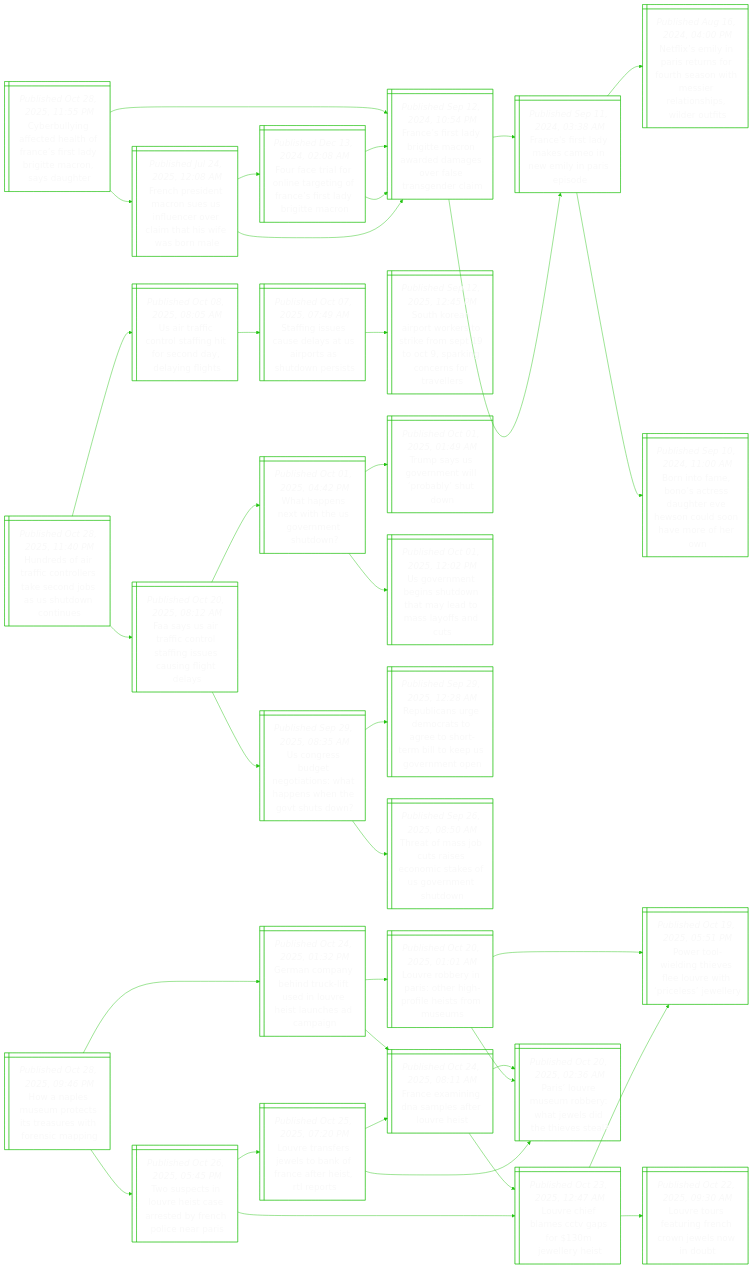
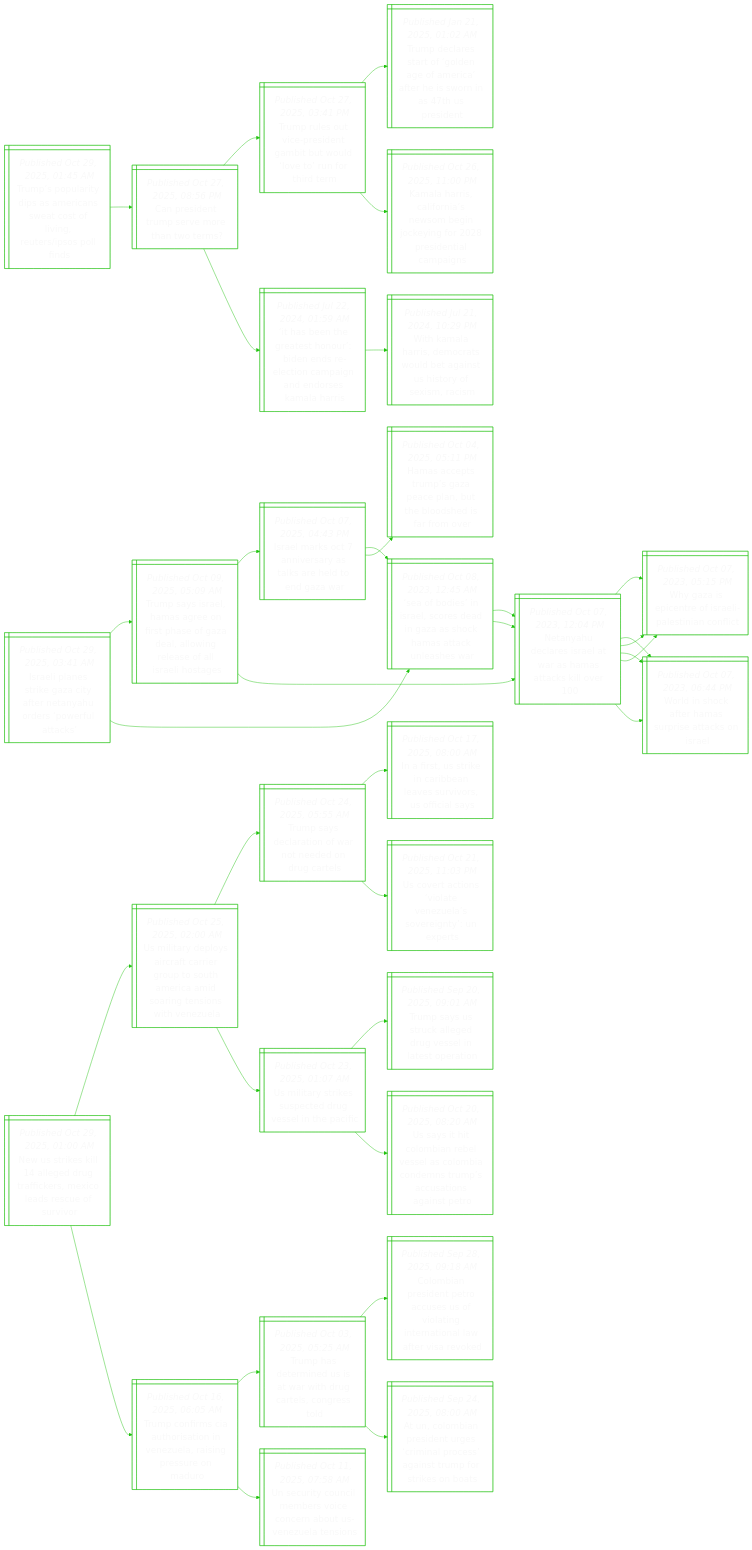
Before and after one commit to notJmes/notJmes: the diagram in README.md, drawn with Mermaid. The commit also changed other lines of this file, not shown here.

````diff
--- a/README.md
+++ b/README.md
@@ -16,118 +16,112 @@
 flowchart LR
 classDef txtsize font-size:20px;
 
-CbifdtrstBtcaur@{ shape: win-pane, label: "_Published Oct 28, 2025, 11:55 PM_
-Cyberbullying affected health of france’s first lady brigitte macron, says daughter" }
-FhiMnUlermhfba@{ shape: win-pane, label: "_Published Jul 24, 2025, 12:08 AM_
-French president macron sues us influencer over claim that his wife was born male" }
-Fesyiaaeavlanl@{ shape: win-pane, label: "_Published Sep 12, 2024, 10:54 PM_
-France’s first lady brigitte macron awarded damages over false transgender claim" }
-Fesysowyri@{ shape: win-pane, label: "_Published Sep 11, 2024, 03:38 AM_
-France's first lady makes cameo in new emily in paris episode" }
-FairnggaFLrtr@{ shape: win-pane, label: "_Published Dec 13, 2024, 02:08 AM_
-Four face trial for online targeting of france’s first lady brigitte macron" }
-Fesyiaaeavlanl@{ shape: win-pane, label: "_Published Sep 12, 2024, 10:54 PM_
-France’s first lady brigitte macron awarded damages over false transgender claim" }
-Fesyiaaeavlanl@{ shape: win-pane, label: "_Published Sep 12, 2024, 10:54 PM_
-France’s first lady brigitte macron awarded damages over false transgender claim" }
-Fesyiaaeavlanl@{ shape: win-pane, label: "_Published Sep 12, 2024, 10:54 PM_
-France’s first lady brigitte macron awarded damages over false transgender claim" }
-Fesysowyri@{ shape: win-pane, label: "_Published Sep 11, 2024, 03:38 AM_
-France's first lady makes cameo in new emily in paris episode" }
-NiiPrnfhohilnsef@{ shape: win-pane, label: "_Published Aug 16, 2024, 04:00 PM_
-Netflix’s emily in paris returns for fourth season with messier relationships, wilder outfits" }
-BnmoraeHndhohn@{ shape: win-pane, label: "_Published Sep 10, 2024, 11:00 AM_
-Born into fame, bono’s actress daughter eve hewson could soon have more of her own" }
+Ilnrateaureak@{ shape: win-pane, label: "_Published Oct 29, 2025, 03:41 AM_
+Israeli planes strike gaza city after netanyahu orders ‘powerful attacks’" }
+TssHaossaaorslaoe@{ shape: win-pane, label: "_Published Oct 09, 2025, 05:09 AM_
+Trump says israel, hamas agree on first phase of gaza deal, allowing release of all israeli hostages" }
+Ilsnrakhoar@{ shape: win-pane, label: "_Published Oct 07, 2025, 04:43 PM_
+Israel marks oct 7 anniversary as talks are held to end gaza war" }
+Sbsrcdnacaale@{ shape: win-pane, label: "_Published Oct 08, 2023, 12:45 AM_
+‘sea of bodies’ in israel, scores dead in gaza as shock hamas attack unleashes war" }
+Hatmzcnhodro@{ shape: win-pane, label: "_Published Oct 04, 2025, 05:11 PM_
+Hamas accepts trump’s gaza peace plan, but the bloodshed is far from over" }
+NyeeawHakl@{ shape: win-pane, label: "_Published Oct 07, 2023, 12:04 PM_
+Netanyahu declares israel at war as hamas attacks kill over 100" }
+WzptIleint@{ shape: win-pane, label: "_Published Oct 07, 2023, 05:15 PM_
+Why gaza is epicentre of israeli-palestinian conflict" }
+Wiceapaks@{ shape: win-pane, label: "_Published Oct 07, 2023, 06:44 PM_
+World in shock after hamas surprise attacks on israel" }
+Sbsrcdnacaale@{ shape: win-pane, label: "_Published Oct 08, 2023, 12:45 AM_
+‘sea of bodies’ in israel, scores dead in gaza as shock hamas attack unleashes war" }
+NyeeawHakl@{ shape: win-pane, label: "_Published Oct 07, 2023, 12:04 PM_
+Netanyahu declares israel at war as hamas attacks kill over 100" }
+WzptIleint@{ shape: win-pane, label: "_Published Oct 07, 2023, 05:15 PM_
+Why gaza is epicentre of israeli-palestinian conflict" }
+Wiceapaks@{ shape: win-pane, label: "_Published Oct 07, 2023, 06:44 PM_
+World in shock after hamas surprise attacks on israel" }
+NyeeawHakl@{ shape: win-pane, label: "_Published Oct 07, 2023, 12:04 PM_
+Netanyahu declares israel at war as hamas attacks kill over 100" }
+WzptIleint@{ shape: win-pane, label: "_Published Oct 07, 2023, 05:15 PM_
+Why gaza is epicentre of israeli-palestinian conflict" }
+Wiceapaks@{ shape: win-pane, label: "_Published Oct 07, 2023, 06:44 PM_
+World in shock after hamas surprise attacks on israel" }
 
-CbifdtrstBtcaur:::txtsize --> FhiMnUlermhfba:::txtsize
-FhiMnUlermhfba:::txtsize --> Fesyiaaeavlanl:::txtsize
-Fesyiaaeavlanl:::txtsize --> Fesysowyri:::txtsize
-FhiMnUlermhfba:::txtsize --> FairnggaFLrtr:::txtsize
-FairnggaFLrtr:::txtsize --> Fesyiaaeavlanl:::txtsize
-FairnggaFLrtr:::txtsize --> Fesyiaaeavlanl:::txtsize
-CbifdtrstBtcaur:::txtsize --> Fesyiaaeavlanl:::txtsize
-Fesyiaaeavlanl:::txtsize --> Fesysowyri:::txtsize
-Fesysowyri:::txtsize --> NiiPrnfhohilnsef:::txtsize
-Fesysowyri:::txtsize --> BnmoraeHndhohn:::txtsize
+Ilnrateaureak:::txtsize --> TssHaossaaorslaoe:::txtsize
+TssHaossaaorslaoe:::txtsize --> Ilsnrakhoar:::txtsize
+Ilsnrakhoar:::txtsize --> Sbsrcdnacaale:::txtsize
+Ilsnrakhoar:::txtsize --> Hatmzcnhodro:::txtsize
+TssHaossaaorslaoe:::txtsize --> NyeeawHakl:::txtsize
+NyeeawHakl:::txtsize --> WzptIleint:::txtsize
+NyeeawHakl:::txtsize --> Wiceapaks:::txtsize
+Ilnrateaureak:::txtsize --> Sbsrcdnacaale:::txtsize
+Sbsrcdnacaale:::txtsize --> NyeeawHakl:::txtsize
+NyeeawHakl:::txtsize --> WzptIleint:::txtsize
+NyeeawHakl:::txtsize --> Wiceapaks:::txtsize
+Sbsrcdnacaale:::txtsize --> NyeeawHakl:::txtsize
+NyeeawHakl:::txtsize --> WzptIleint:::txtsize
+NyeeawHakl:::txtsize --> Wiceapaks:::txtsize
 
-Heaacossdahwts@{ shape: win-pane, label: "_Published Oct 28, 2025, 11:40 PM_
-Hundreds of air traffic controllers take second jobs as us shutdown continues" }
-Utittnfcaaft@{ shape: win-pane, label: "_Published Oct 08, 2025, 08:05 AM_
-Us air traffic control staffing hit for second day, delaying flights" }
-Sisaeaithws@{ shape: win-pane, label: "_Published Oct 07, 2025, 07:49 AM_
-Staffing issues cause delays at us airports as shutdown persists" }
-SKnortiottkontl@{ shape: win-pane, label: "_Published Sep 12, 2025, 12:45 PM_
-South korean airport workers to strike from sept 19 to oct 9, sparking concerns for travellers" }
-Fyifolfscngl@{ shape: win-pane, label: "_Published Oct 20, 2025, 08:12 AM_
-Faa says us air traffic control staffing issues causing flight delays" }
-Waswhomhw@{ shape: win-pane, label: "_Published Oct 01, 2025, 04:42 PM_
-What happens next with the us government shutdown?" }
-TsSrtpbun@{ shape: win-pane, label: "_Published Oct 01, 2025, 01:49 AM_
-Trump says us government will ‘probably’ shut down" }
-Ueniunmaayat@{ shape: win-pane, label: "_Published Oct 01, 2025, 12:02 PM_
-Us government begins shutdown that may lead to mass layoffs and cuts" }
-Ugbttoaphesd@{ shape: win-pane, label: "_Published Sep 29, 2025, 08:35 AM_
-Us congress budget negotiations: what happens when the govt shuts down?" }
-RlsDroeorleomp@{ shape: win-pane, label: "_Published Sep 29, 2025, 12:28 AM_
-Republicans urge democrats to agree to short-term bill to keep us government open" }
-Ttscaemafveun@{ shape: win-pane, label: "_Published Sep 26, 2025, 08:50 AM_
-Threat of mass job cuts raises economic stakes of us government shutdown" }
+TslyarstoiuIpi@{ shape: win-pane, label: "_Published Oct 29, 2025, 01:45 AM_
+Trump’s popularity dips as americans sweat cost of living, reuters/ipsos poll finds" }
+Cenmvetr@{ shape: win-pane, label: "_Published Oct 27, 2025, 08:56 PM_
+Can president trump serve more than two terms?" }
+Trocstiwloorm@{ shape: win-pane, label: "_Published Oct 27, 2025, 03:41 PM_
+Trump rules out vice-president gambit but would ‘love to’ run for third term" }
+TdragnfitirsPd@{ shape: win-pane, label: "_Published Jan 21, 2025, 01:02 AM_
+Trump declares start of ‘golden age of america’ after he is sworn in as 47th us president" }
+Kaiiiweoiriimn@{ shape: win-pane, label: "_Published Oct 26, 2025, 11:00 PM_
+Kamala harris, california’s newsom begin jockeying for 2028 presidential campaigns" }
+IbhahrnrccidraHs@{ shape: win-pane, label: "_Published Jul 22, 2024, 01:59 AM_
+‘it has been the greatest honour’: biden ends re-election campaign and endorses kamala harris" }
+WaHscwbaUtfsi@{ shape: win-pane, label: "_Published Jul 21, 2024, 10:29 PM_
+With kamala harris, democrats would bet against us history of sexism, racism" }
 
-Heaacossdahwts:::txtsize --> Utittnfcaaft:::txtsize
-Utittnfcaaft:::txtsize --> Sisaeaithws:::txtsize
-Sisaeaithws:::txtsize --> SKnortiottkontl:::txtsize
-Heaacossdahwts:::txtsize --> Fyifolfscngl:::txtsize
-Fyifolfscngl:::txtsize --> Waswhomhw:::txtsize
-Waswhomhw:::txtsize --> TsSrtpbun:::txtsize
-Waswhomhw:::txtsize --> Ueniunmaayat:::txtsize
-Fyifolfscngl:::txtsize --> Ugbttoaphesd:::txtsize
-Ugbttoaphesd:::txtsize --> RlsDroeorleomp:::txtsize
-Ugbttoaphesd:::txtsize --> Ttscaemafveun:::txtsize
+TslyarstoiuIpi:::txtsize --> Cenmvetr:::txtsize
+Cenmvetr:::txtsize --> Trocstiwloorm:::txtsize
+Trocstiwloorm:::txtsize --> TdragnfitirsPd:::txtsize
+Trocstiwloorm:::txtsize --> Kaiiiweoiriimn:::txtsize
+Cenmvetr:::txtsize --> IbhahrnrccidraHs:::txtsize
+IbhahrnrccidraHs:::txtsize --> WaHscwbaUtfsi:::txtsize
 
-Hammetasfsp@{ shape: win-pane, label: "_Published Oct 28, 2025, 09:46 PM_
-How a naples museum protects its treasures with forensic mapping" }
-Tssueardeona@{ shape: win-pane, label: "_Published Oct 26, 2025, 05:45 PM_
-Two suspects in louvre heist case arrested by french police near paris" }
-LefeVfeei@{ shape: win-pane, label: "_Published Oct 23, 2025, 12:47 AM_
-Louvre chief blames cctv gaps for $130m jewellery heist" }
-Ptineluiisey@{ shape: win-pane, label: "_Published Oct 19, 2025, 05:51 PM_
-Power tool-wielding thieves flee louvre with ‘priceless’ jewellery" }
-LesuFhnlib@{ shape: win-pane, label: "_Published Oct 22, 2025, 09:30 AM_
-Louvre tours featuring french crown jewels now in doubt" }
-LesjsnrahRp@{ shape: win-pane, label: "_Published Oct 25, 2025, 07:20 PM_
-Louvre transfers jewels to bank of france after heist, rtl reports" }
-PLeubhwitea@{ shape: win-pane, label: "_Published Oct 20, 2025, 02:36 AM_
-Paris’ louvre museum robbery: what jewels did the thieves steal?" }
-FeiDmaLet@{ shape: win-pane, label: "_Published Oct 24, 2025, 08:11 AM_
-France examining dna samples after louvre heist" }
-Gnahrieohlhci@{ shape: win-pane, label: "_Published Oct 24, 2025, 01:32 PM_
-German company behind truck-lift used in louvre heist launches ad campaign" }
-LeePOhretmu@{ shape: win-pane, label: "_Published Oct 20, 2025, 01:01 AM_
-Louvre robbery in paris: other high-profile heists from museums" }
-Ptineluiisey@{ shape: win-pane, label: "_Published Oct 19, 2025, 05:51 PM_
-Power tool-wielding thieves flee louvre with ‘priceless’ jewellery" }
-PLeubhwitea@{ shape: win-pane, label: "_Published Oct 20, 2025, 02:36 AM_
-Paris’ louvre museum robbery: what jewels did the thieves steal?" }
-FeiDmaLet@{ shape: win-pane, label: "_Published Oct 24, 2025, 08:11 AM_
-France examining dna samples after louvre heist" }
-PLeubhwitea@{ shape: win-pane, label: "_Published Oct 20, 2025, 02:36 AM_
-Paris’ louvre museum robbery: what jewels did the thieves steal?" }
-LefeVfeei@{ shape: win-pane, label: "_Published Oct 23, 2025, 12:47 AM_
-Louvre chief blames cctv gaps for $130m jewellery heist" }
+Nselgufexeeov@{ shape: win-pane, label: "_Published Oct 29, 2025, 01:00 AM_
+New us strikes kill 14 alleged drug traffickers, mexico leads rescue of survivor" }
+Uidycceuomasnswee@{ shape: win-pane, label: "_Published Oct 25, 2025, 02:00 AM_
+Us military deploys aircraft carrier group to south america amid soaring tensions with venezuela" }
+Tseaonencl@{ shape: win-pane, label: "_Published Oct 24, 2025, 05:55 AM_
+Trump says declaration of war not needed on drug cartels" }
+Irseravrrfas@{ shape: win-pane, label: "_Published Oct 17, 2025, 08:00 AM_
+In a first, us strike in caribbean leaves survivors, us official says" }
+Uetvteaenet@{ shape: win-pane, label: "_Published Oct 21, 2025, 11:03 PM_
+Us covert actions ‘violate venezuela’s sovereignty’: un experts" }
+Uisepdvlef@{ shape: win-pane, label: "_Published Oct 23, 2025, 01:07 AM_
+Us military strikes suspected drug vessel in the pacific" }
+TsScersnsrn@{ shape: win-pane, label: "_Published Sep 20, 2025, 09:01 AM_
+Trump says us struck alleged drug vessel in latest operation" }
+Ustmrvllaeraasnt@{ shape: win-pane, label: "_Published Oct 20, 2025, 08:20 AM_
+Us says it hit colombian rebel vessel as colombia condemns trump’s accusations against petro" }
+TcrAotnzrnsou@{ shape: win-pane, label: "_Published Oct 16, 2025, 06:05 AM_
+Trump confirms cia authorisation in venezuela, raising pressure on maduro" }
+Thtniahclgt@{ shape: win-pane, label: "_Published Oct 03, 2025, 05:25 AM_
+Trump has determined us is at war with drug cartels, congress told" }
+CbretcUiittlfiv@{ shape: win-pane, label: "_Published Sep 28, 2025, 09:18 AM_
+Colombian president petro accuses us of violating international law after visa revoked" }
+Aoienempsiroins@{ shape: win-pane, label: "_Published Sep 24, 2025, 08:00 AM_
+At un, colombian president urges ‘criminal process’ against trump for strikes on boats" }
+UuCiboontnls@{ shape: win-pane, label: "_Published Oct 11, 2025, 07:58 AM_
+Un security council members voice concern about us-venezuela tensions" }
 
-Hammetasfsp:::txtsize --> Tssueardeona:::txtsize
-Tssueardeona:::txtsize --> LefeVfeei:::txtsize
-LefeVfeei:::txtsize --> Ptineluiisey:::txtsize
-LefeVfeei:::txtsize --> LesuFhnlib:::txtsize
-Tssueardeona:::txtsize --> LesjsnrahRp:::txtsize
-LesjsnrahRp:::txtsize --> PLeubhwitea:::txtsize
-LesjsnrahRp:::txtsize --> FeiDmaLet:::txtsize
-Hammetasfsp:::txtsize --> Gnahrieohlhci:::txtsize
-Gnahrieohlhci:::txtsize --> LeePOhretmu:::txtsize
-LeePOhretmu:::txtsize --> Ptineluiisey:::txtsize
-LeePOhretmu:::txtsize --> PLeubhwitea:::txtsize
-Gnahrieohlhci:::txtsize --> FeiDmaLet:::txtsize
-FeiDmaLet:::txtsize --> PLeubhwitea:::txtsize
-FeiDmaLet:::txtsize --> LefeVfeei:::txtsize
+Nselgufexeeov:::txtsize --> Uidycceuomasnswee:::txtsize
+Uidycceuomasnswee:::txtsize --> Tseaonencl:::txtsize
+Tseaonencl:::txtsize --> Irseravrrfas:::txtsize
+Tseaonencl:::txtsize --> Uetvteaenet:::txtsize
+Uidycceuomasnswee:::txtsize --> Uisepdvlef:::txtsize
+Uisepdvlef:::txtsize --> TsScersnsrn:::txtsize
+Uisepdvlef:::txtsize --> Ustmrvllaeraasnt:::txtsize
+Nselgufexeeov:::txtsize --> TcrAotnzrnsou:::txtsize
+TcrAotnzrnsou:::txtsize --> Thtniahclgt:::txtsize
+Thtniahclgt:::txtsize --> CbretcUiittlfiv:::txtsize
+Thtniahclgt:::txtsize --> Aoienempsiroins:::txtsize
+TcrAotnzrnsou:::txtsize --> UuCiboontnls:::txtsize
 
 ```
````
